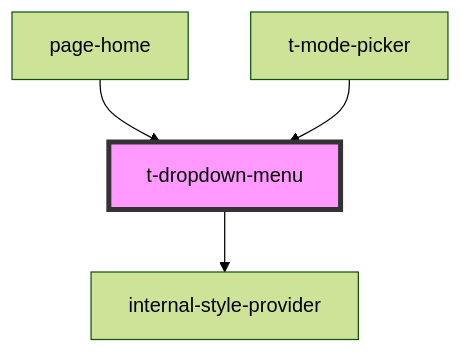
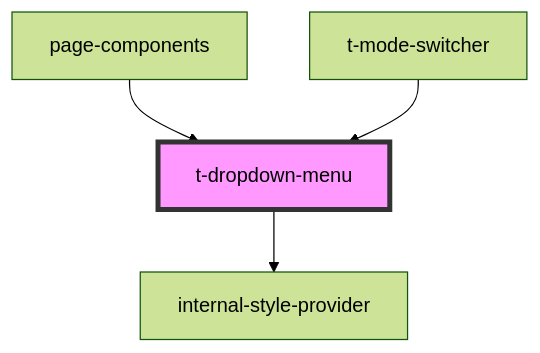
Before and after one commit to TomasEng/web-components: the diagram in packages/stencil/src/components/t-dropdown/readme.md, drawn with Mermaid (forest theme). The commit also changed other lines of this file and 37 other files, not shown here.

````diff
--- a/packages/stencil/src/components/t-dropdown/readme.md
+++ b/packages/stencil/src/components/t-dropdown/readme.md
@@ -32,7 +32,7 @@
 ```mermaid
 graph TD;
   t-dropdown-menu --> internal-style-provider
-  page-home --> t-dropdown-menu
-  t-mode-picker --> t-dropdown-menu
+  page-components --> t-dropdown-menu
+  t-mode-switcher --> t-dropdown-menu
   style t-dropdown-menu fill:#f9f,stroke:#333,stroke-width:4px
 ```
````
